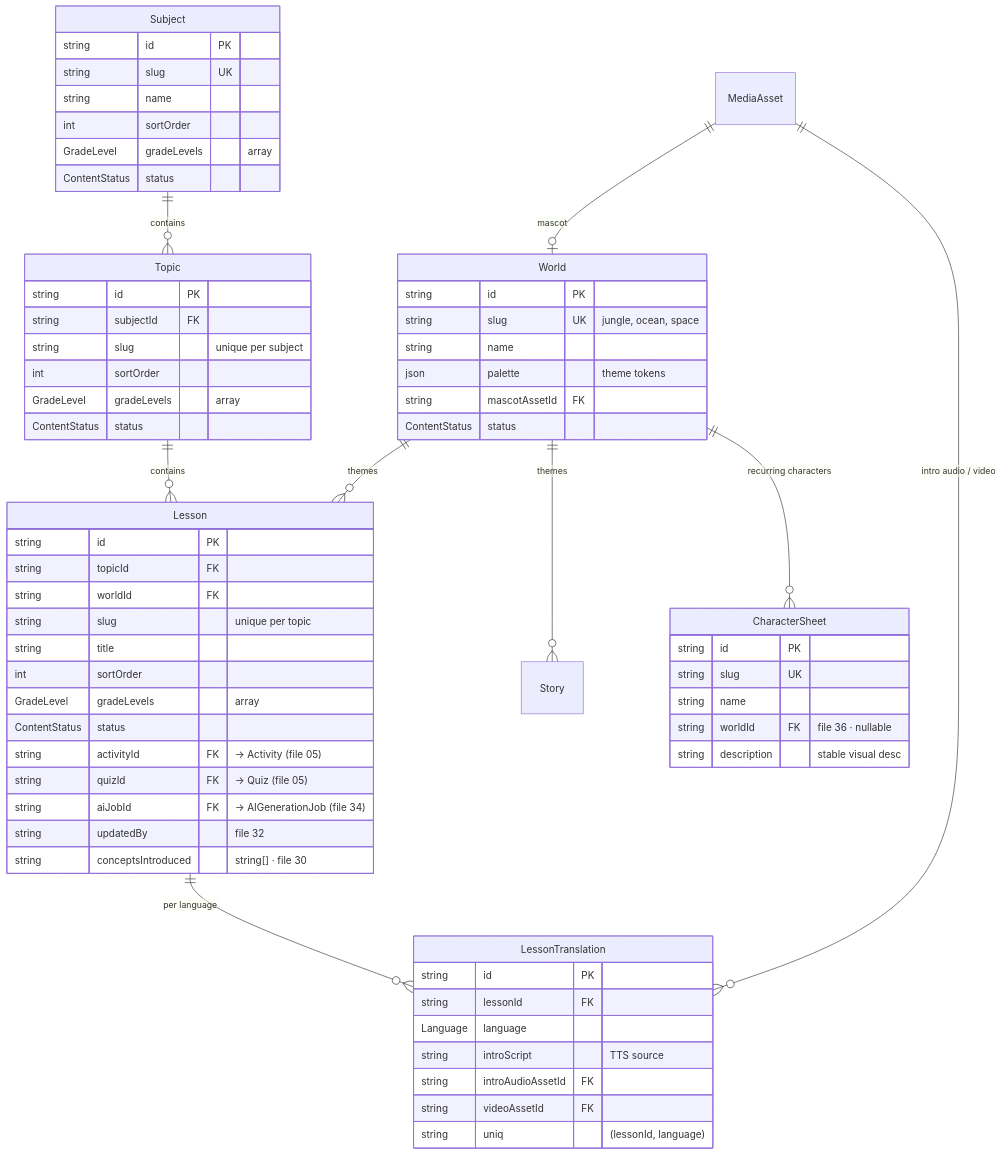
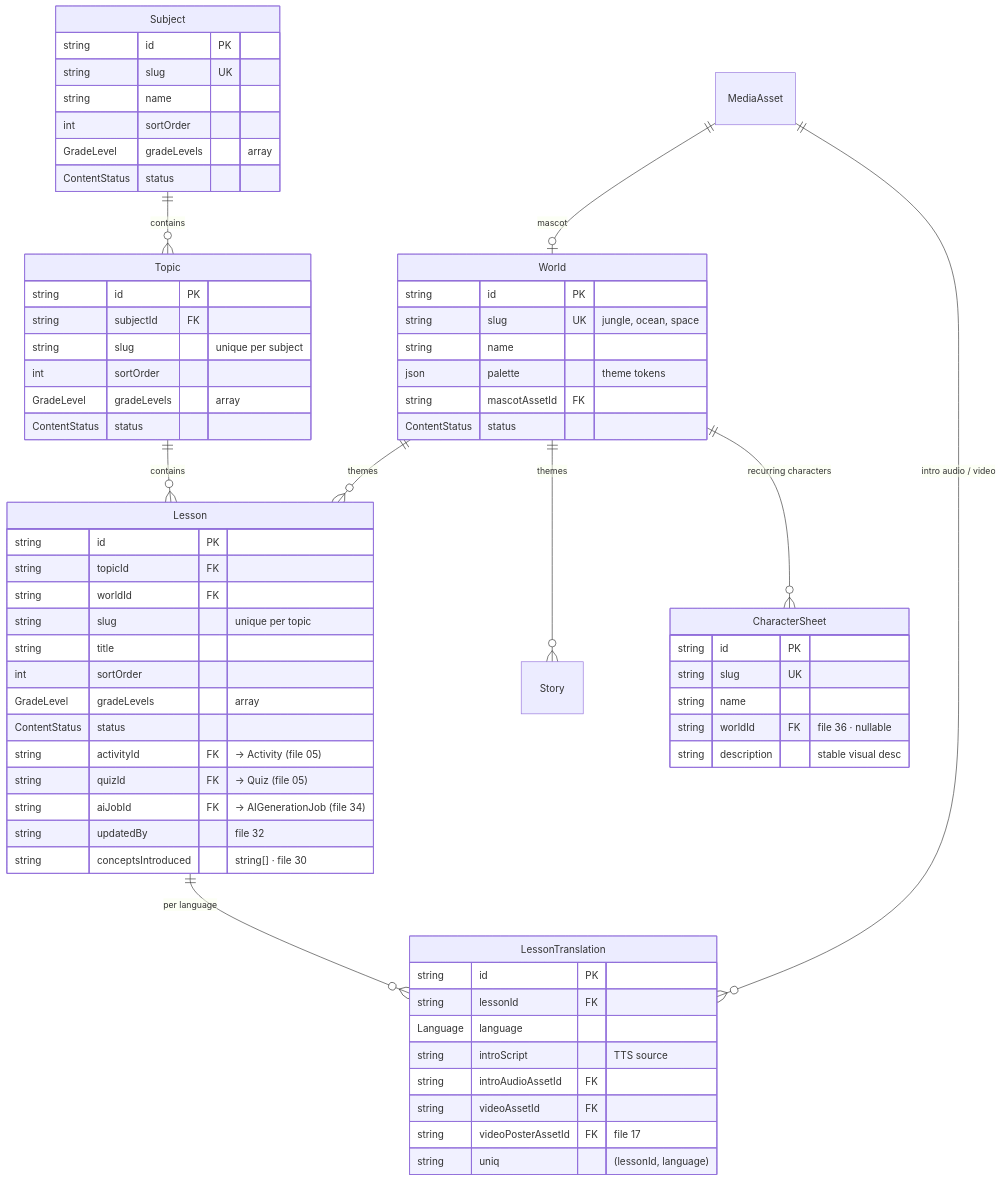
The third of 7 diagrams in document/database-design.md (salmanbd100/kidlearn), drawn with Mermaid before and after one commit. The commit also changed other lines of this file and 43 other files, not shown here.

````diff
--- a/document/database-design.md
+++ b/document/database-design.md
@@ -221,67 +222,68 @@
 ```mermaid
 erDiagram
     Subject ||--o{ Topic : "contains"
     Topic ||--o{ Lesson : "contains"
     World ||--o{ Lesson : "themes"
     World ||--o{ Story : "themes"
     World ||--o{ CharacterSheet : "recurring characters"
     Lesson ||--o{ LessonTranslation : "per language"
     MediaAsset ||--o| World : "mascot"
     MediaAsset ||--o{ LessonTranslation : "intro audio / video"
 
     World {
         string id PK
         string slug UK "jungle, ocean, space"
         string name
         json palette "theme tokens"
         string mascotAssetId FK
         ContentStatus status
     }
     Subject {
         string id PK
         string slug UK
         string name
         int sortOrder
         GradeLevel gradeLevels "array"
         ContentStatus status
     }
     Topic {
         string id PK
         string subjectId FK
         string slug "unique per subject"
         int sortOrder
         GradeLevel gradeLevels "array"
         ContentStatus status
     }
     Lesson {
         string id PK
         string topicId FK
         string worldId FK
         string slug "unique per topic"
         string title
         int sortOrder
         GradeLevel gradeLevels "array"
         ContentStatus status
         string activityId FK "→ Activity (file 05)"
         string quizId FK "→ Quiz (file 05)"
         string aiJobId FK "→ AIGenerationJob (file 34)"
         string updatedBy "file 32"
         string conceptsIntroduced "string[] · file 30"
     }
     LessonTranslation {
         string id PK
         string lessonId FK
         Language language
         string introScript "TTS source"
         string introAudioAssetId FK
         string videoAssetId FK
+        string videoPosterAssetId FK "file 17"
         string uniq "(lessonId, language)"
     }
     CharacterSheet {
         string id PK
         string slug UK
         string name
         string worldId FK "file 36 · nullable"
         string description "stable visual desc"
     }
 ```
````
